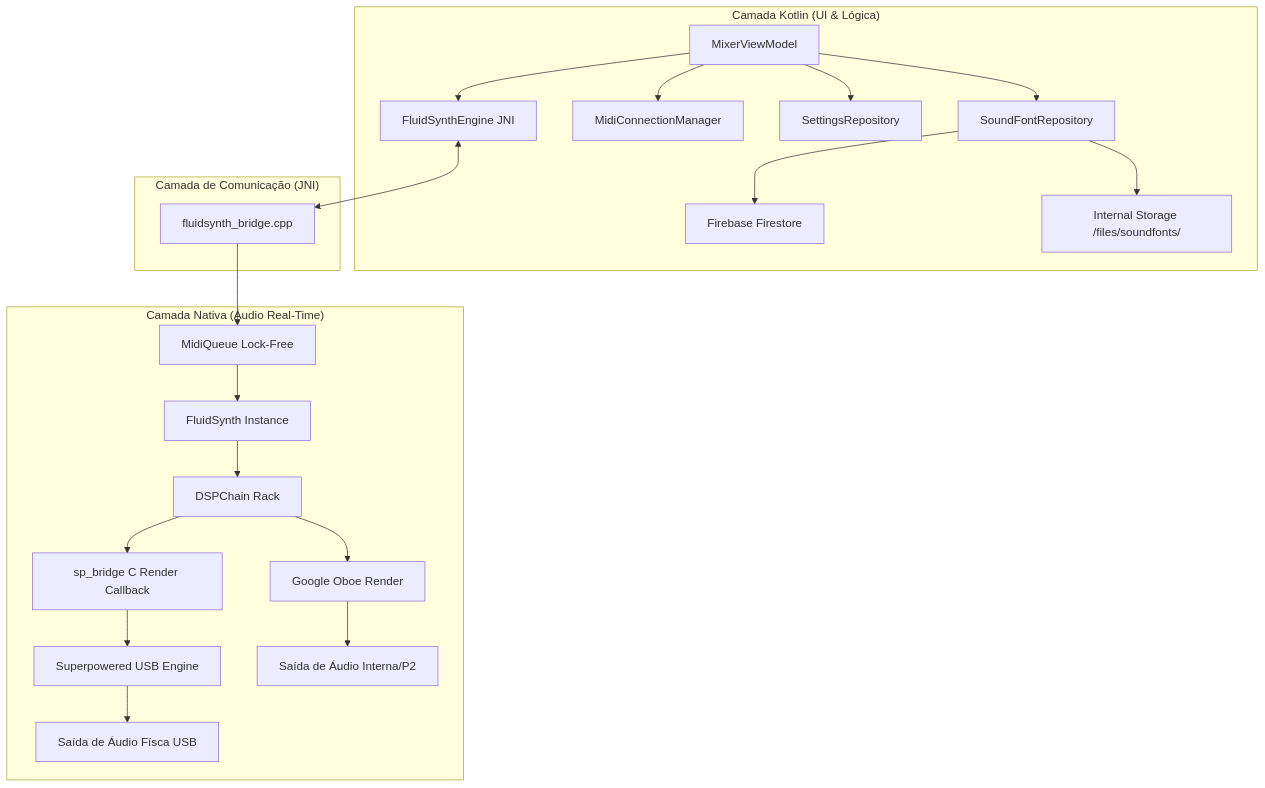
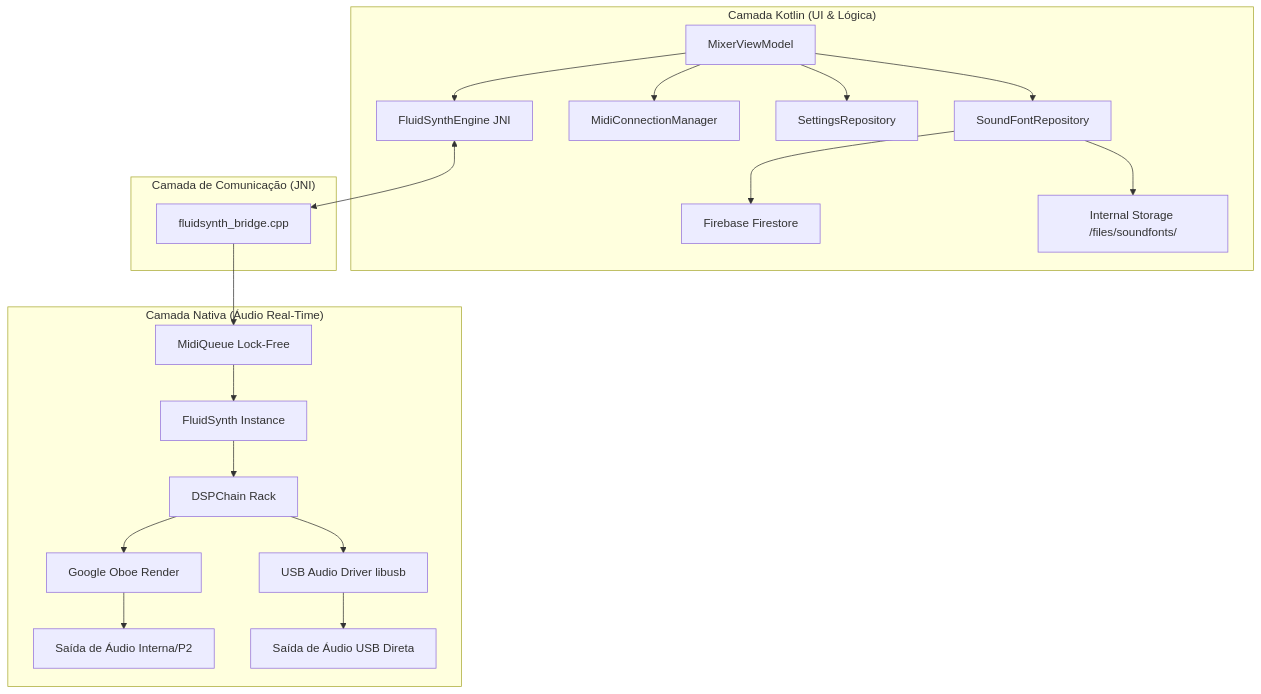
One commit to marceloferlan/StageMobile changed the first of 2 diagrams in docs/architecture.md. Above: the diagram before and after it, drawn with Mermaid. The commit also changed other lines of this file and 20 other files, not shown here.

First line of the commit message:
chore: remove Superpowered SDK entirely — replaced by libusb driver

````diff
--- a/docs/architecture.md
+++ b/docs/architecture.md
@@ -8,26 +8,25 @@
 ```mermaid
 graph TD
     subgraph "Camada Kotlin (UI & Lógica)"
         A[MixerViewModel] --> B[FluidSynthEngine JNI]
         A --> C[MidiConnectionManager]
         A --> D[SettingsRepository]
         A --> K[SoundFontRepository]
         K --> L[Firebase Firestore]
         K --> M[Internal Storage /files/soundfonts/]
     end
 
     subgraph "Camada de Comunicação (JNI)"
         B <--> E[fluidsynth_bridge.cpp]
     end
 
     subgraph "Camada Nativa (Áudio Real-Time)"
         E --> F[MidiQueue Lock-Free]
         F --> G[FluidSynth Instance]
         G --> H[DSPChain Rack]
         H --> I[Google Oboe Render]
-        H --> N[sp_bridge C Render Callback]
-        N --> O[Superpowered USB Engine]
+        H --> N[USB Audio Driver libusb]
         I --> J[Saída de Áudio Interna/P2]
-        O --> P[Saída de Áudio Físca USB]
+        N --> P[Saída de Áudio USB Direta]
     end
 ```
````
